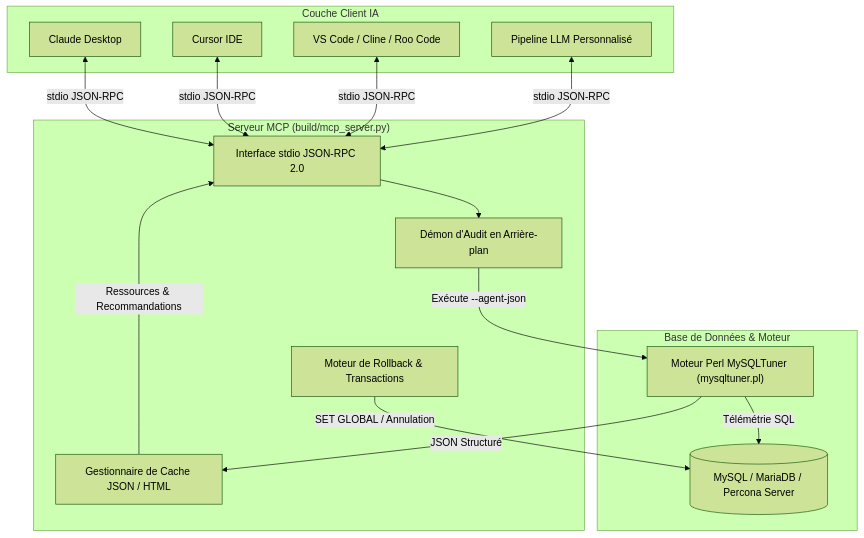
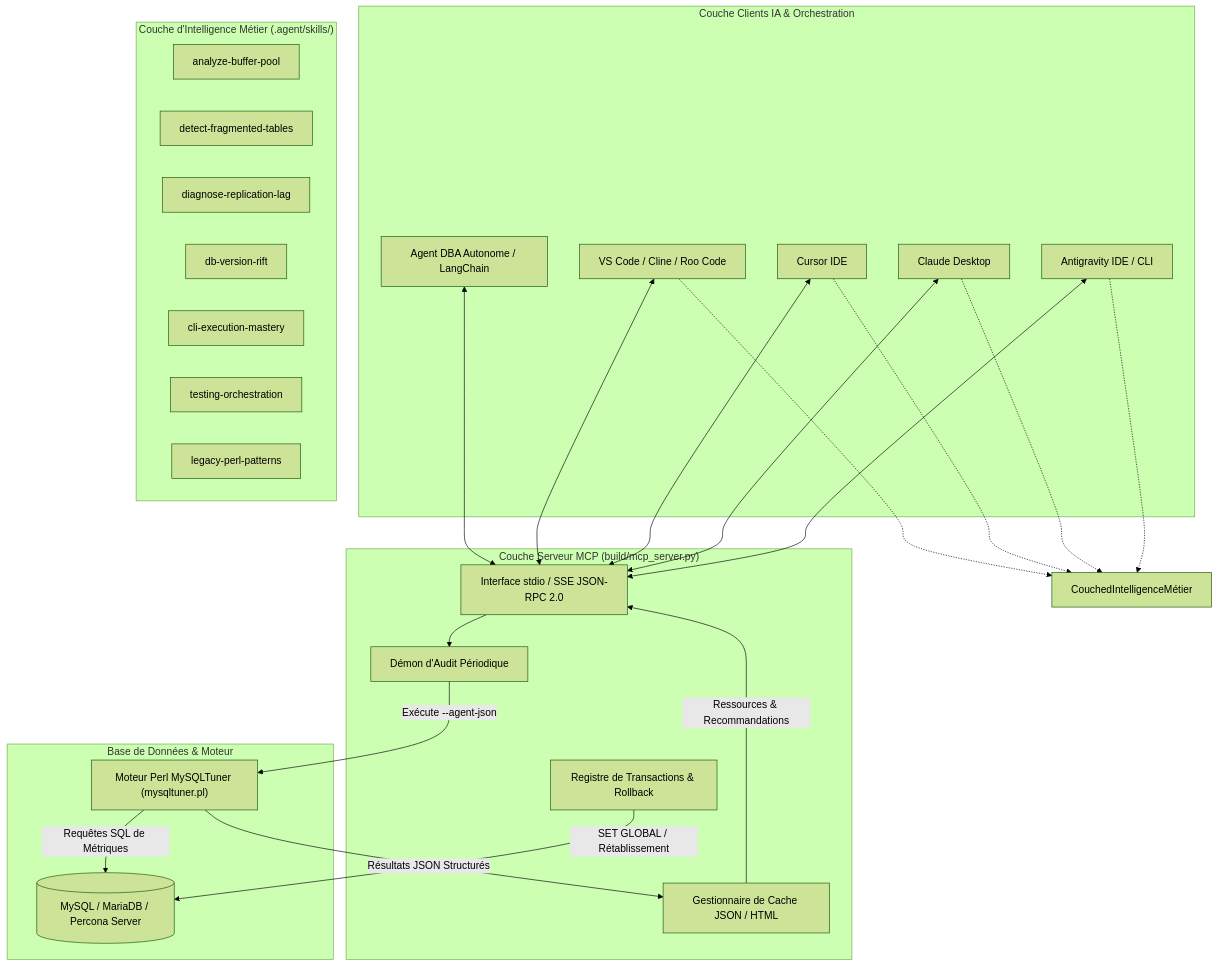
Before and after one commit to major/MySQLTuner-perl: the diagram in documentation/mcp_ai_integration_guide.fr.md, drawn with Mermaid (forest theme). The commit also changed other lines of this file and 15 other files, not shown here.

Commit message:
feat(engine): pure calculation metrics and CLI contract hardening (#1048)

````diff
--- a/documentation/mcp_ai_integration_guide.fr.md
+++ b/documentation/mcp_ai_integration_guide.fr.md
@@ -11,33 +11,50 @@
 ```mermaid
 graph TD
-    subgraph "Couche Client IA"
+    subgraph "Couche Clients IA & Orchestration"
+        Antigravity["Antigravity IDE / CLI"]
         Claude["Claude Desktop"]
         Cursor["Cursor IDE"]
         VSCode["VS Code / Cline / Roo Code"]
-        Custom["Pipeline LLM Personnalisé"]
+        CustomAgent["Agent DBA Autonome / LangChain"]
     end
 
-    subgraph "Serveur MCP (build/mcp_server.py)"
-        JSONRPC["Interface stdio JSON-RPC 2.0"]
-        Daemon["Démon d'Audit en Arrière-plan"]
+    subgraph "Couche d'Intelligence Métier (.agent/skills/)"
+        SkillBP["analyze-buffer-pool"]
+        SkillFrag["detect-fragmented-tables"]
+        SkillRepl["diagnose-replication-lag"]
+        SkillRift["db-version-rift"]
+        SkillCLI["cli-execution-mastery"]
+        SkillTest["testing-orchestration"]
+        SkillLegacy["legacy-perl-patterns"]
+    end
+
+    subgraph "Couche Serveur MCP (build/mcp_server.py)"
+        JSONRPC["Interface stdio / SSE JSON-RPC 2.0"]
+        Daemon["Démon d'Audit Périodique"]
         CacheManager["Gestionnaire de Cache JSON / HTML"]
-        RollbackEngine["Moteur de Rollback & Transactions"]
+        RollbackEngine["Registre de Transactions & Rollback"]
     end
 
     subgraph "Base de Données & Moteur"
         PerlEngine["Moteur Perl MySQLTuner (mysqltuner.pl)"]
         MySQLInstance[("MySQL / MariaDB / Percona Server")]
     end
 
-    Claude <-->|stdio JSON-RPC| JSONRPC
-    Cursor <-->|stdio JSON-RPC| JSONRPC
-    VSCode <-->|stdio JSON-RPC| JSONRPC
-    Custom <-->|stdio JSON-RPC| JSONRPC
+    Antigravity <--> JSONRPC
+    Claude <--> JSONRPC
+    Cursor <--> JSONRPC
+    VSCode <--> JSONRPC
+    CustomAgent <--> JSONRPC
+
+    Antigravity -.-> CouchedIntelligenceMétier
+    Claude -.-> CouchedIntelligenceMétier
+    Cursor -.-> CouchedIntelligenceMétier
+    VSCode -.-> CouchedIntelligenceMétier
 
     JSONRPC --> Daemon
     Daemon -->|Exécute --agent-json| PerlEngine
-    PerlEngine -->|Télémétrie SQL| MySQLInstance
-    PerlEngine -->|JSON Structuré| CacheManager
+    PerlEngine -->|Requêtes SQL de Métriques| MySQLInstance
+    PerlEngine -->|Résultats JSON Structurés| CacheManager
     CacheManager -->|Ressources & Recommandations| JSONRPC
-    RollbackEngine -->|SET GLOBAL / Annulation| MySQLInstance
+    RollbackEngine -->|SET GLOBAL / Rétablissement| MySQLInstance
 ```
````
